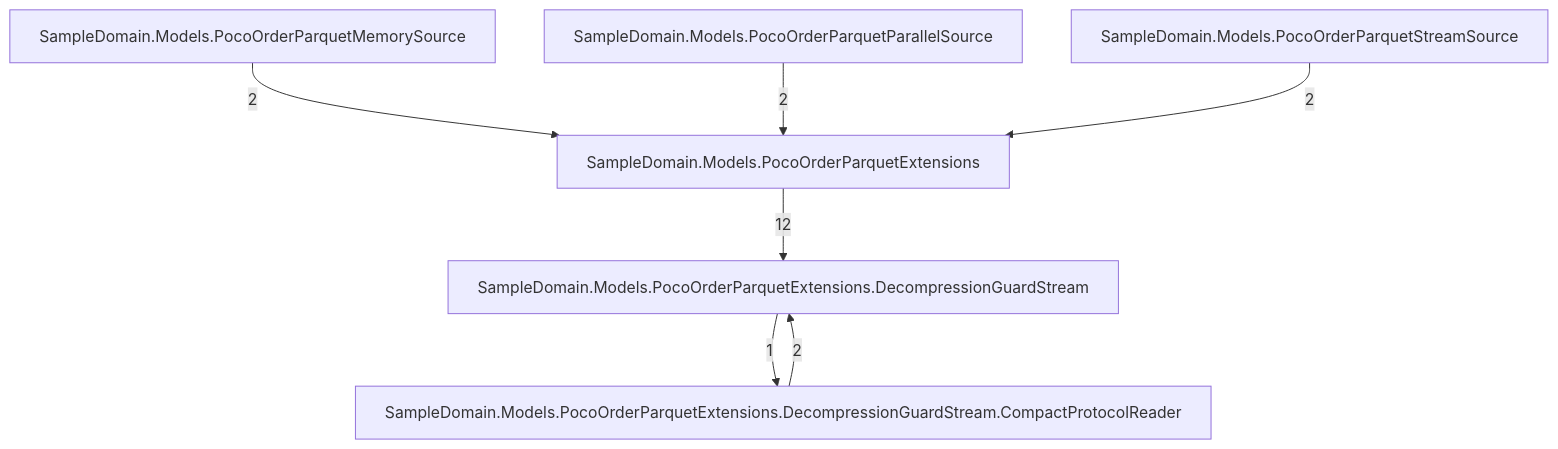
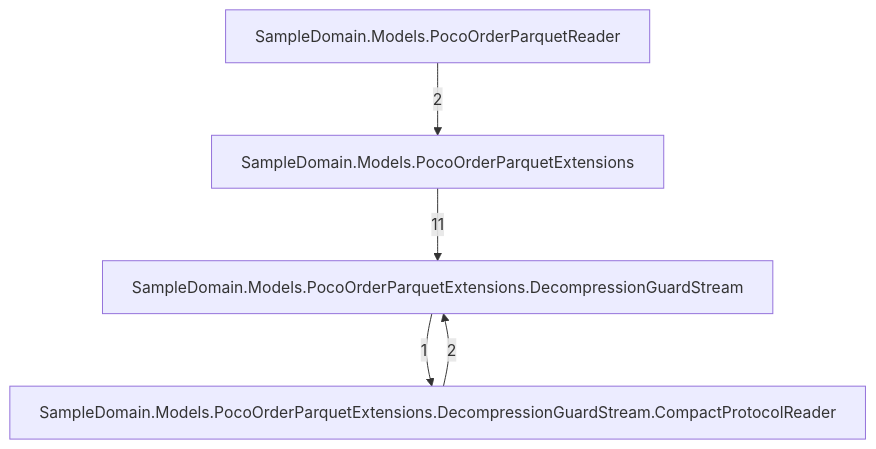
Before and after one commit to rtkelly13/Parquet.SourceGenerator: the fifth of 7 diagrams in docs/callgraph-generated.md, drawn with Mermaid. The commit also changed other lines of this file and 103 other files, not shown here.

````diff
--- a/docs/callgraph-generated.md
+++ b/docs/callgraph-generated.md
@@ -80,15 +68,11 @@
 ```mermaid
 graph TD
     tsampledomainmodelspocoorderparquetextensions_046["SampleDomain.Models.PocoOrderParquetExtensions"]
     tsampledomainmodelspocoorderparquetextensionsdecompressionguardstream_071["SampleDomain.Models.PocoOrderParquetExtensions.DecompressionGuardStream"]
     tsampledomainmodelspocoorderparquetextensionsdecompressionguardstreamcompactprotocolreader_093["SampleDomain.Models.PocoOrderParquetExtensions.DecompressionGuardStream.CompactProtocolReader"]
-    tsampledomainmodelspocoorderparquetmemorysource_048["SampleDomain.Models.PocoOrderParquetMemorySource"]
-    tsampledomainmodelspocoorderparquetparallelsource_050["SampleDomain.Models.PocoOrderParquetParallelSource"]
-    tsampledomainmodelspocoorderparquetstreamsource_048["SampleDomain.Models.PocoOrderParquetStreamSource"]
+    tsampledomainmodelspocoorderparquetreader_042["SampleDomain.Models.PocoOrderParquetReader"]
     tsampledomainmodelspocoorderparquetextensionsdecompressionguardstreamcompactprotocolreader_093 -->|2| tsampledomainmodelspocoorderparquetextensionsdecompressionguardstream_071
     tsampledomainmodelspocoorderparquetextensionsdecompressionguardstream_071 -->|1| tsampledomainmodelspocoorderparquetextensionsdecompressionguardstreamcompactprotocolreader_093
-    tsampledomainmodelspocoorderparquetextensions_046 -->|12| tsampledomainmodelspocoorderparquetextensionsdecompressionguardstream_071
-    tsampledomainmodelspocoorderparquetmemorysource_048 -->|2| tsampledomainmodelspocoorderparquetextensions_046
-    tsampledomainmodelspocoorderparquetparallelsource_050 -->|2| tsampledomainmodelspocoorderparquetextensions_046
-    tsampledomainmodelspocoorderparquetstreamsource_048 -->|2| tsampledomainmodelspocoorderparquetextensions_046
+    tsampledomainmodelspocoorderparquetextensions_046 -->|11| tsampledomainmodelspocoorderparquetextensionsdecompressionguardstream_071
+    tsampledomainmodelspocoorderparquetreader_042 -->|2| tsampledomainmodelspocoorderparquetextensions_046
 ```
````
